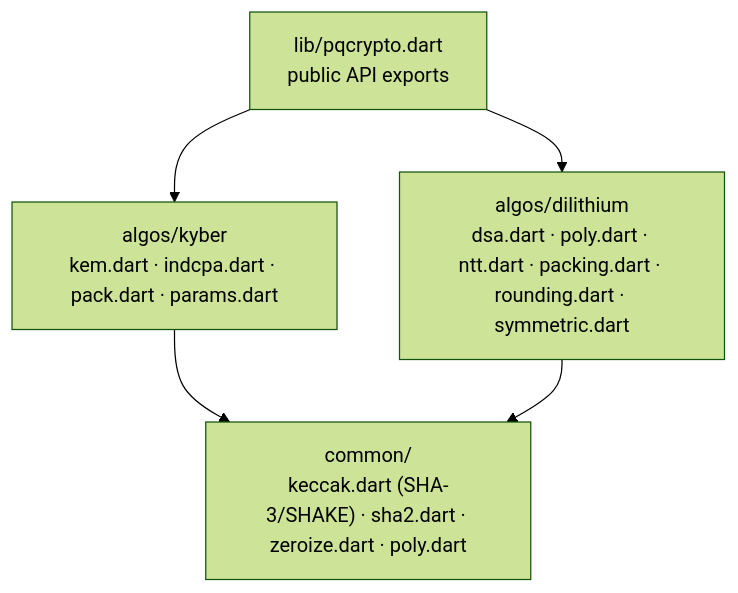
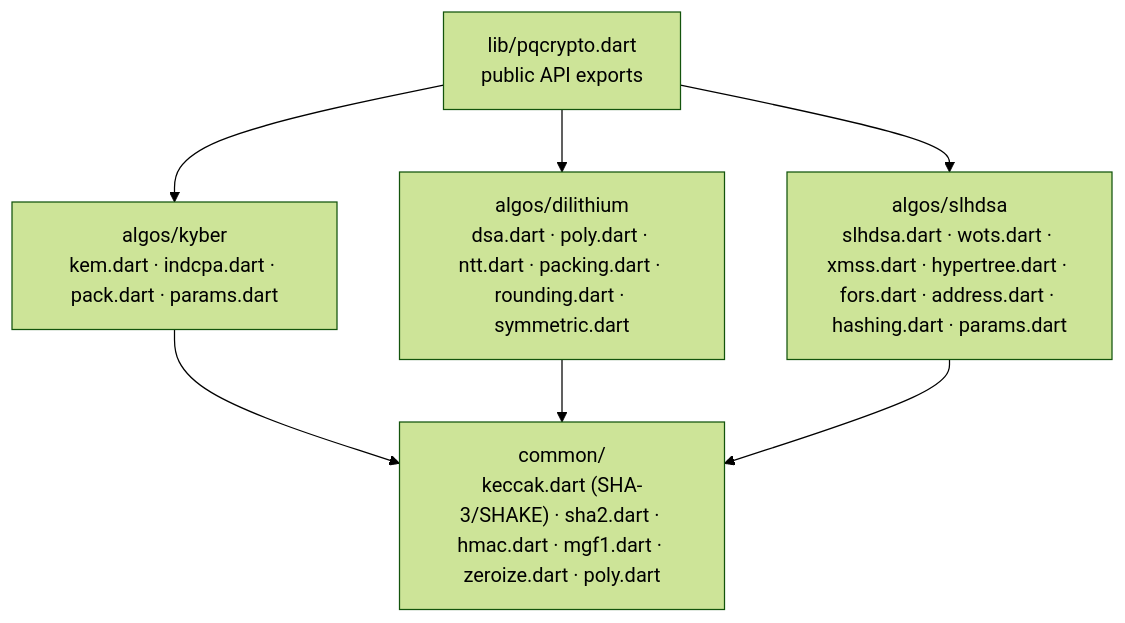
One commit to turkananation/pqcrypto changed the diagram in wiki/Architecture.md. Above: the diagram before and after it, drawn with Mermaid (forest theme). The commit also changed other lines of this file and 8 other files, not shown here.

````diff
--- a/wiki/Architecture.md
+++ b/wiki/Architecture.md
@@ -10,9 +11,11 @@
 ```mermaid
 flowchart TD
   API["lib/pqcrypto.dart\npublic API exports"]
   API --> KEM["algos/kyber\nkem.dart · indcpa.dart · pack.dart · params.dart"]
   API --> DSA["algos/dilithium\ndsa.dart · poly.dart · ntt.dart · packing.dart · rounding.dart · symmetric.dart"]
+  API --> SLH["algos/slhdsa\nslhdsa.dart · wots.dart · xmss.dart · hypertree.dart · fors.dart · address.dart · hashing.dart · params.dart"]
   KEM --> COM
   DSA --> COM
-  COM["common/\nkeccak.dart (SHA-3/SHAKE) · sha2.dart · zeroize.dart · poly.dart"]
+  SLH --> COM
+  COM["common/\nkeccak.dart (SHA-3/SHAKE) · sha2.dart · hmac.dart · mgf1.dart · zeroize.dart · poly.dart"]
 ```
````
